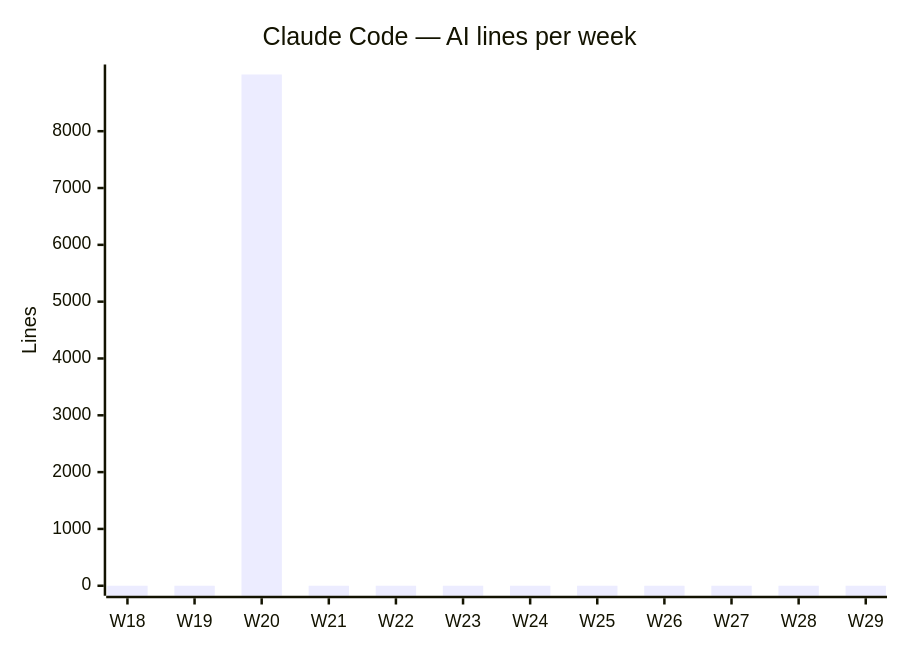
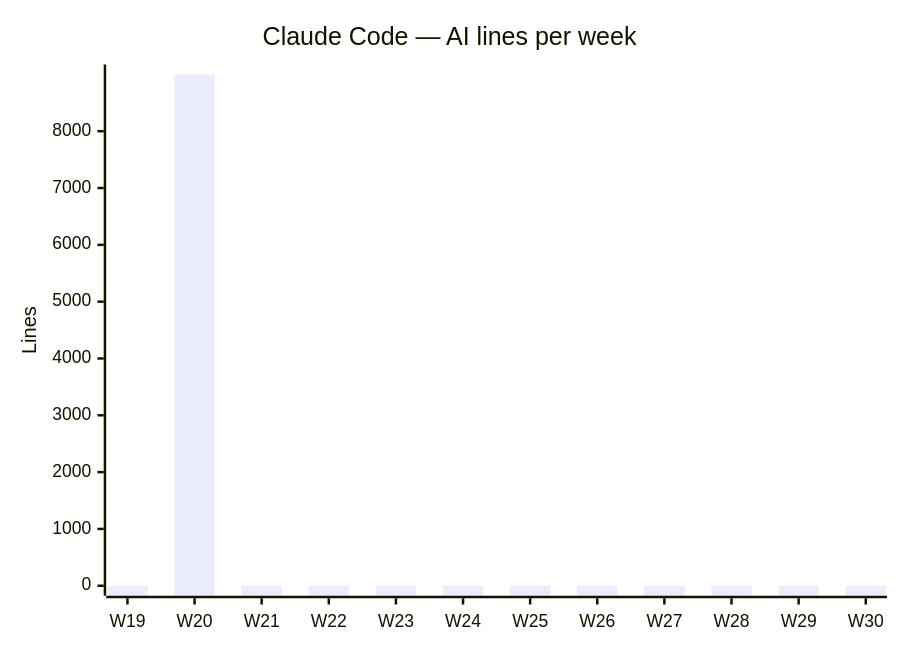
One commit to fromwaydowntown/ai-use changed the second of 4 diagrams in docs/AI_USAGE.md. Above: the diagram before and after it, drawn with Mermaid. The commit also changed other lines of this file, not shown here.

````diff
--- a/docs/AI_USAGE.md
+++ b/docs/AI_USAGE.md
@@ -29,7 +29,7 @@
 ```mermaid
 xychart-beta
     title "Claude Code — AI lines per week"
-    x-axis ["W18", "W19", "W20", "W21", "W22", "W23", "W24", "W25", "W26", "W27", "W28", "W29"]
+    x-axis ["W19", "W20", "W21", "W22", "W23", "W24", "W25", "W26", "W27", "W28", "W29", "W30"]
     y-axis "Lines"
-    bar [0, 0, 8998, 0, 0, 0, 0, 0, 0, 0, 0, 0]
+    bar [0, 8998, 0, 0, 0, 0, 0, 0, 0, 0, 0, 0]
 ```
````
